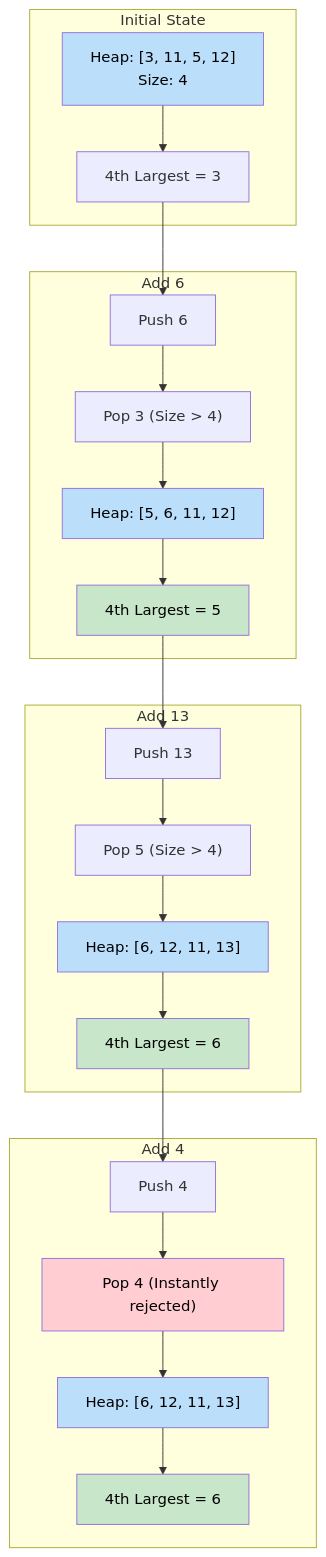
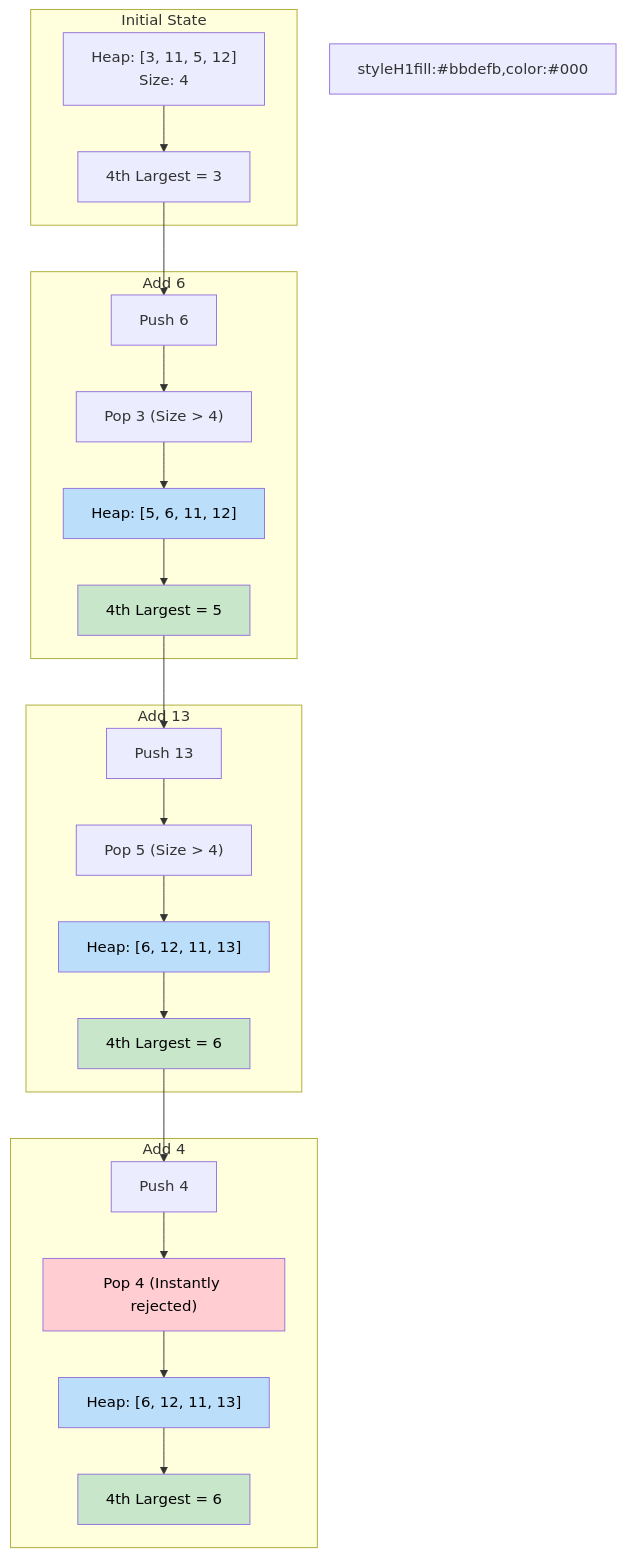
The diagram in 19 - Top K Elements/problem_07_kth_largest_number_in_stream_walkthrough.md (vadde/DSA), drawn with Mermaid before and after one commit. The commit also changed 245 other files, not shown here.

First line of the commit message:
fix: Forensic fix of all Mermaid rendering issues across entire DSA repo + add pre-commit validation infrastructure

````diff
--- a/19 - Top K Elements/problem_07_kth_largest_number_in_stream_walkthrough.md
+++ b/19 - Top K Elements/problem_07_kth_largest_number_in_stream_walkthrough.md
@@ -65,53 +65,53 @@
 ```mermaid
 flowchart TD
-    subgraph Initial State
+    subgraph InitialState [Initial State]
         H1["Heap: [3, 11, 5, 12]\nSize: 4"]
         R1["4th Largest = 3"]
     end
     
-    subgraph Add 6
+    subgraph Add6 [Add 6]
         P1["Push 6"]
         P2["Pop 3 (Size > 4)"]
         H2["Heap: [5, 6, 11, 12]"]
         R2["4th Largest = 5"]
     end
     
-    subgraph Add 13
+    subgraph Add13 [Add 13]
         P3["Push 13"]
         P4["Pop 5 (Size > 4)"]
         H3["Heap: [6, 12, 11, 13]"]
         R3["4th Largest = 6"]
     end
     
-    subgraph Add 4
+    subgraph Add4 [Add 4]
         P5["Push 4"]
         P6["Pop 4 (Instantly rejected)"]
         H4["Heap: [6, 12, 11, 13]"]
         R4["4th Largest = 6"]
     end
-    
-    H1 --> R1
-    R1 --> P1
+
+H1 --> R1
+R1 --> P1
     P1 --> P2
-    P2 --> H2
+P2 --> H2
     H2 --> R2
-    
-    R2 --> P3
+
+R2 --> P3
     P3 --> P4
-    P4 --> H3
+P4 --> H3
     H3 --> R3
-    
-    R3 --> P5
+
+R3 --> P5
     P5 --> P6
-    P6 --> H4
+P6 --> H4
     H4 --> R4
-    
-    style H1 fill:#bbdefb,color:#000
+
+styleH1fill:#bbdefb,color:#000
     style H2 fill:#bbdefb,color:#000
     style H3 fill:#bbdefb,color:#000
     style H4 fill:#bbdefb,color:#000
     style R2 fill:#c8e6c9,color:#000
     style R3 fill:#c8e6c9,color:#000
     style R4 fill:#c8e6c9,color:#000
     style P6 fill:#ffcdd2,color:#000
 ```
````
